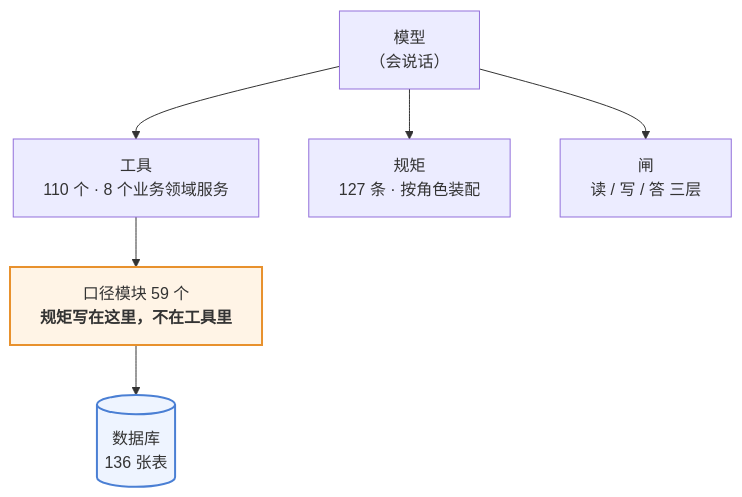
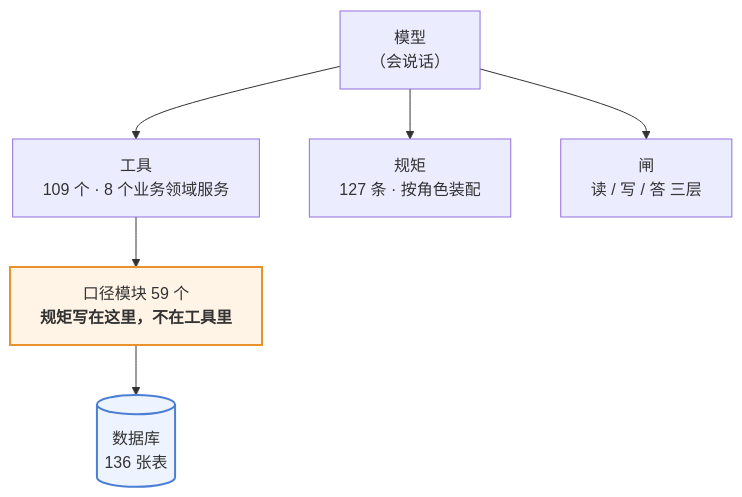
The first of 3 diagrams in 澜绣云裳agent-产品说明.md (843773296-rgb/lanxiu-yunshang-agent), drawn with Mermaid before and after one commit. The commit also changed other lines of this file and 12 other files, not shown here.

````diff
--- a/澜绣云裳agent-产品说明.md
+++ b/澜绣云裳agent-产品说明.md
@@ -62,12 +62,12 @@
 ```mermaid
 flowchart TD
     M["模型<br/>（会说话）"]
-    M --> T["工具<br/>110 个 · 8 个业务领域服务"]
+    M --> T["工具<br/>109 个 · 8 个业务领域服务"]
     M --> R["规矩<br/>127 条 · 按角色装配"]
     M --> G["闸<br/>读 / 写 / 答 三层"]
     T --> K["口径模块 59 个<br/><b>规矩写在这里，不在工具里</b>"]
     K --> DB[("数据库<br/>136 张表")]
 
     style K fill:#fff4e6,stroke:#e8912d,stroke-width:2px
     style DB fill:#eef4ff,stroke:#4a7fd4,stroke-width:2px
 ```
````
